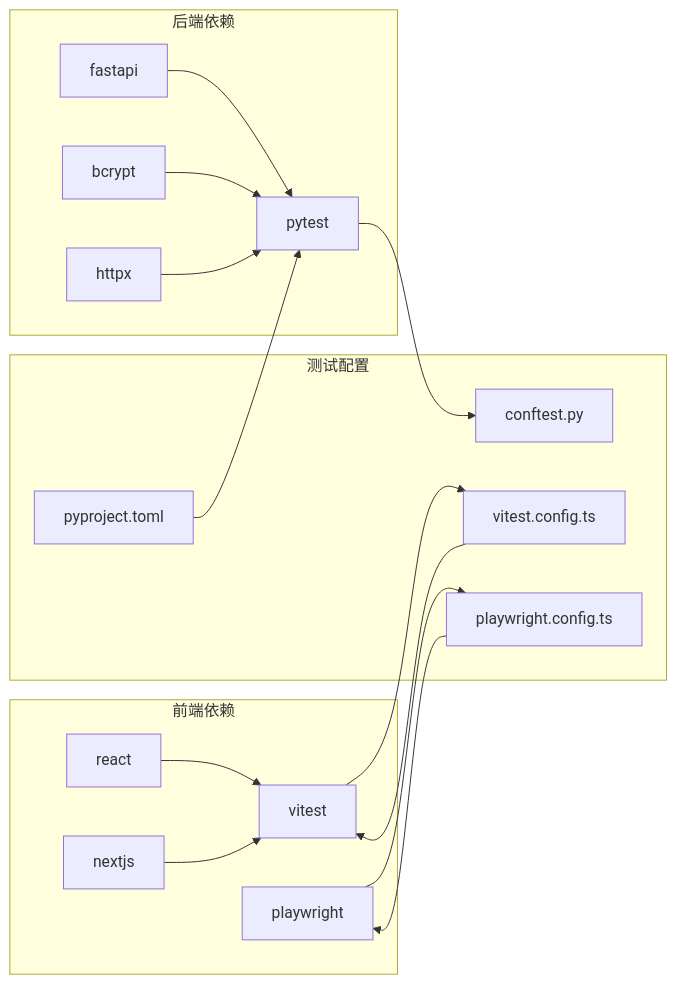
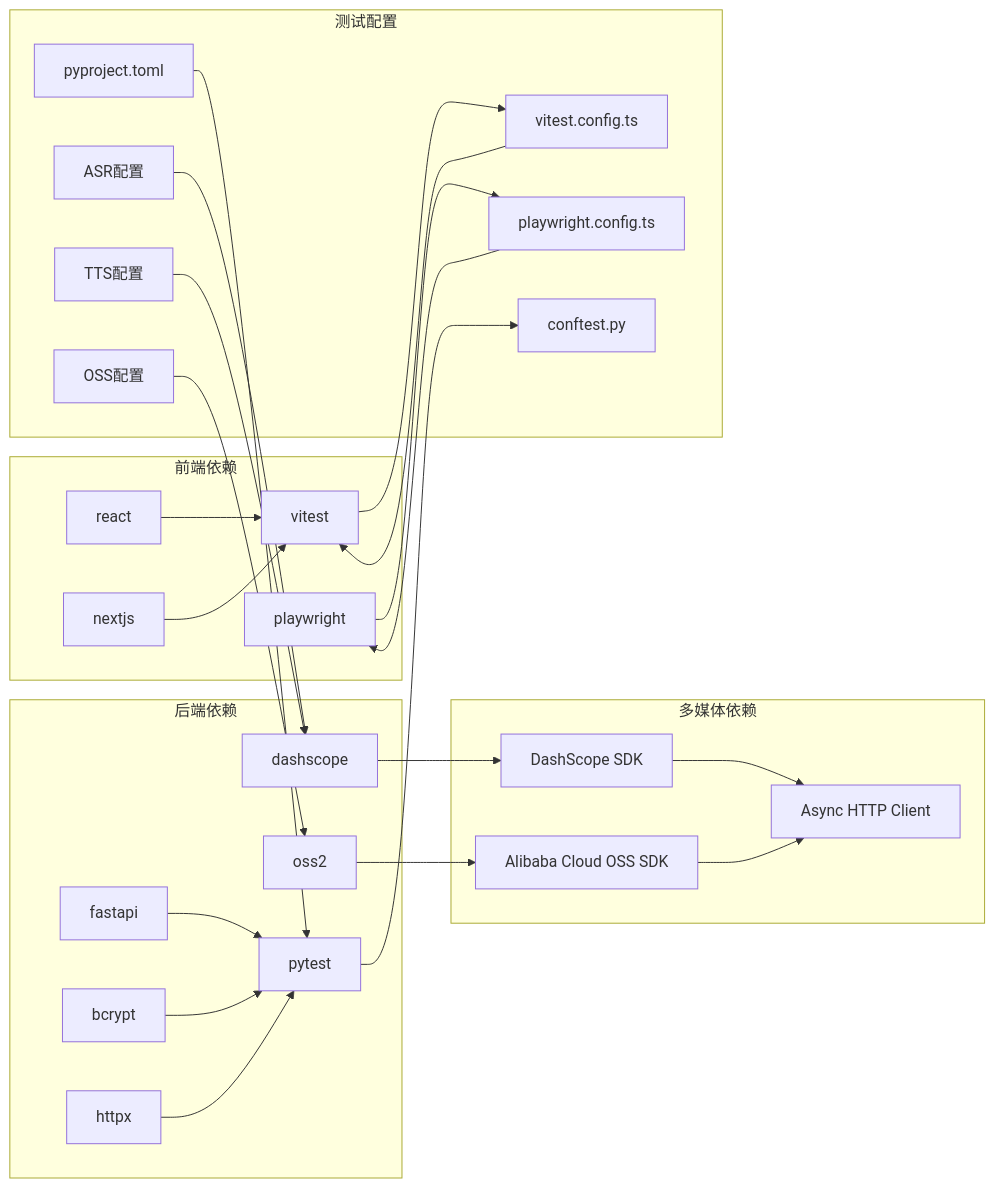
Diagram 11 of 11 in .qoder/repowiki/zh/content/开发指南/测试套件文档.md (hbxfhrg/deer-flow), drawn with Mermaid before and after one commit. The commit also changed other lines of this file and 4 other files, not shown here.

````diff
--- a/.qoder/repowiki/zh/content/开发指南/测试套件文档.md
+++ b/.qoder/repowiki/zh/content/开发指南/测试套件文档.md
@@ -298,32 +552,49 @@
 ```mermaid
 graph LR
 subgraph "后端依赖"
 BP1[pytest]
 BP2[fastapi]
 BP3[bcrypt]
 BP4[httpx]
+BP5[dashscope]
+BP6[oss2]
 end
 subgraph "前端依赖"
 FP1[vitest]
 FP2[playwright]
 FP3[react]
 FP4[nextjs]
 end
+subgraph "多媒体依赖"
+MP1[DashScope SDK]
+MP2[Alibaba Cloud OSS SDK]
+MP3[Async HTTP Client]
+end
 subgraph "测试配置"
 C1[conftest.py]
 C2[pyproject.toml]
 C3[vitest.config.ts]
 C4[playwright.config.ts]
+C5[ASR配置]
+C6[TTS配置]
+C7[OSS配置]
 end
 BP1 --> C1
 BP2 --> BP1
 BP3 --> BP1
 BP4 --> BP1
+BP5 --> MP1
+BP6 --> MP2
 FP1 --> C3
 FP2 --> C4
 FP3 --> FP1
 FP4 --> FP1
+MP1 --> MP3
+MP2 --> MP3
 C2 --> BP1
 C3 --> FP1
 C4 --> FP2
+C5 --> BP5
+C6 --> BP5
+C7 --> BP6
 ```
````
